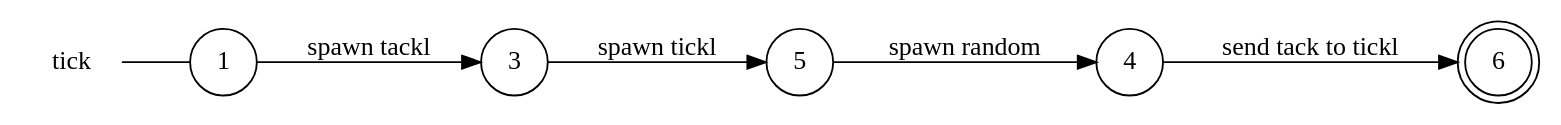
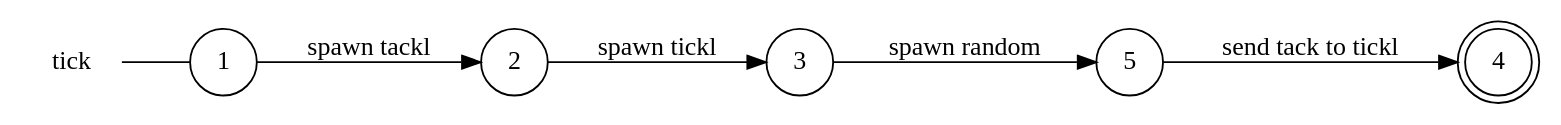
Before and after one commit to gabrielegenovese/chorer: the diagram in example/ticktack/tick_local_view.dot, drawn with Graphviz. The commit also changed 11 other files, not shown here.

```diff
--- a/example/ticktack/tick_local_view.dot
+++ b/example/ticktack/tick_local_view.dot
@@ -1,15 +1,15 @@
 digraph tick {
 	rankdir="LR";
 	n_0 [label="tick", shape="plaintext"];
 	n_1 [id="5", shape=circle, label="5"];
-	n_2 [id="6", shape=doublecircle, label="6"];
-	n_3 [id="1", shape=circle, label="1"];
-	n_0 -> n_3 [arrowhead=none];
-	n_4 [id="4", shape=circle, label="4"];
+	n_2 [id="1", shape=circle, label="1"];
+	n_0 -> n_2 [arrowhead=none];
+	n_3 [id="2", shape=circle, label="2"];
+	n_4 [id="4", shape=doublecircle, label="4"];
 	n_5 [id="3", shape=circle, label="3"];
 
-	n_4 -> n_2 [id="[$e|4]", label="send tack to tickl"];
-	n_3 -> n_5 [id="[$e|5]", label="spawn tackl"];
-	n_5 -> n_1 [id="[$e|3]", label="spawn tickl"];
-	n_1 -> n_4 [id="[$e|1]", label="spawn random"];
+	n_2 -> n_3 [id="[$e|2]", label="spawn tackl"];
+	n_1 -> n_4 [id="[$e|0]", label="send tack to tickl"];
+	n_5 -> n_1 [id="[$e|3]", label="spawn random"];
+	n_3 -> n_5 [id="[$e|1]", label="spawn tickl"];
 }
```
